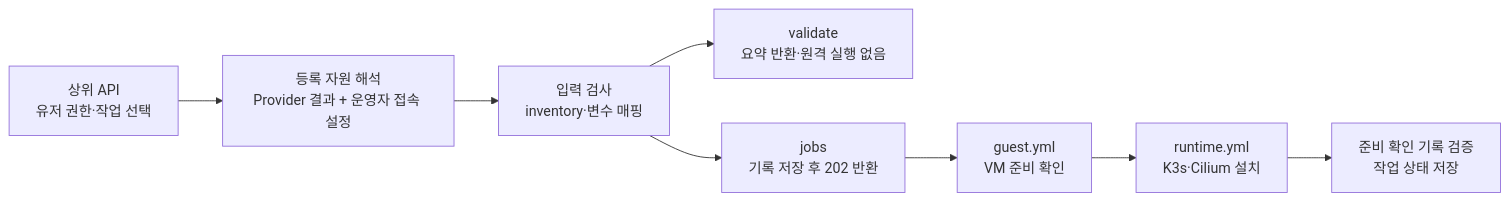
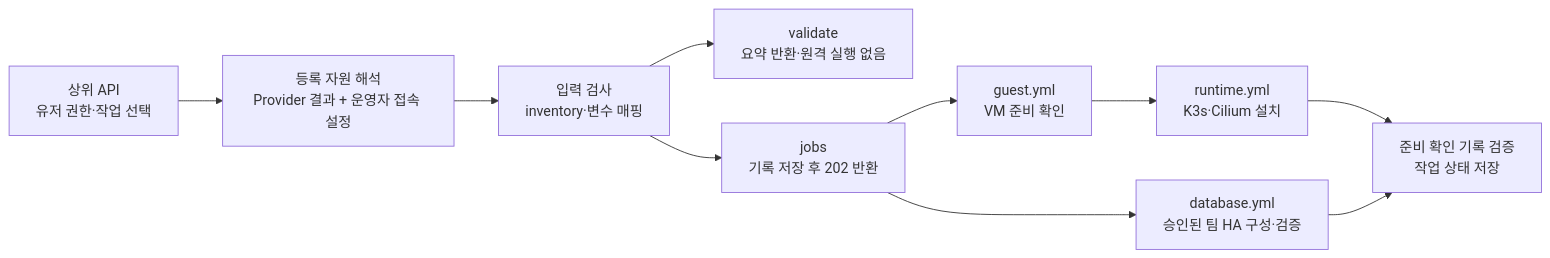
One commit to Jasmin-Softbank/Railshot changed the first of 2 diagrams in docs/api/ansible.md. Above: the diagram before and after it, drawn with Mermaid. The commit also changed other lines of this file and 16 other files, not shown here.

````diff
--- a/docs/api/ansible.md
+++ b/docs/api/ansible.md
@@ -32,10 +33,12 @@
 ```mermaid
 flowchart LR
     API["상위 API<br>유저 권한·작업 선택"] --> R["등록 자원 해석<br>Provider 결과 + 운영자 접속 설정"]
     R --> V["입력 검사<br>inventory·변수 매핑"]
     V --> P["validate<br>요약 반환·원격 실행 없음"]
     V --> J["jobs<br>기록 저장 후 202 반환"]
     J --> G["guest.yml<br>VM 준비 확인"]
     G --> K["runtime.yml<br>K3s·Cilium 설치"]
     K --> S["준비 확인 기록 검증<br>작업 상태 저장"]
+    J --> D["database.yml<br>승인된 팀 HA 구성·검증"]
+    D --> S
 ```
````
